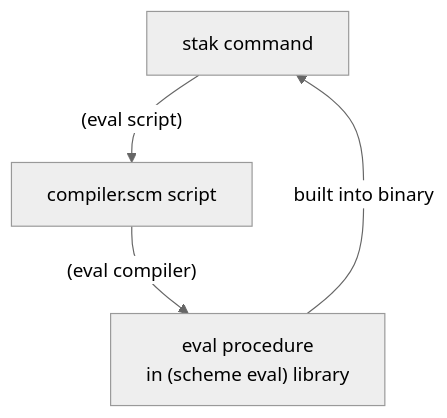
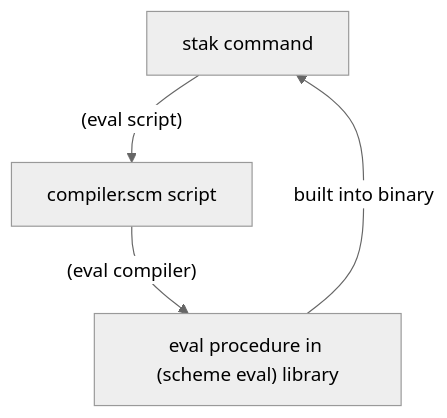
Before and after one commit to raviqqe/doc: the diagram in posts/stak/inception.md, drawn with Mermaid (neutral theme).

````diff
--- a/posts/stak/inception.md
+++ b/posts/stak/inception.md
@@ -153,6 +153,6 @@
 ```mermaid
 graph TD
     A[stak command] -->|"(eval script)"| B
     B[compiler.scm script] -->|"(eval compiler)"| C
-    C["eval procedure<br/>in (scheme eval) library"] -->|built into binary| A
+    C["eval procedure in (scheme eval) library"] -->|built into binary| A
 ```
````
